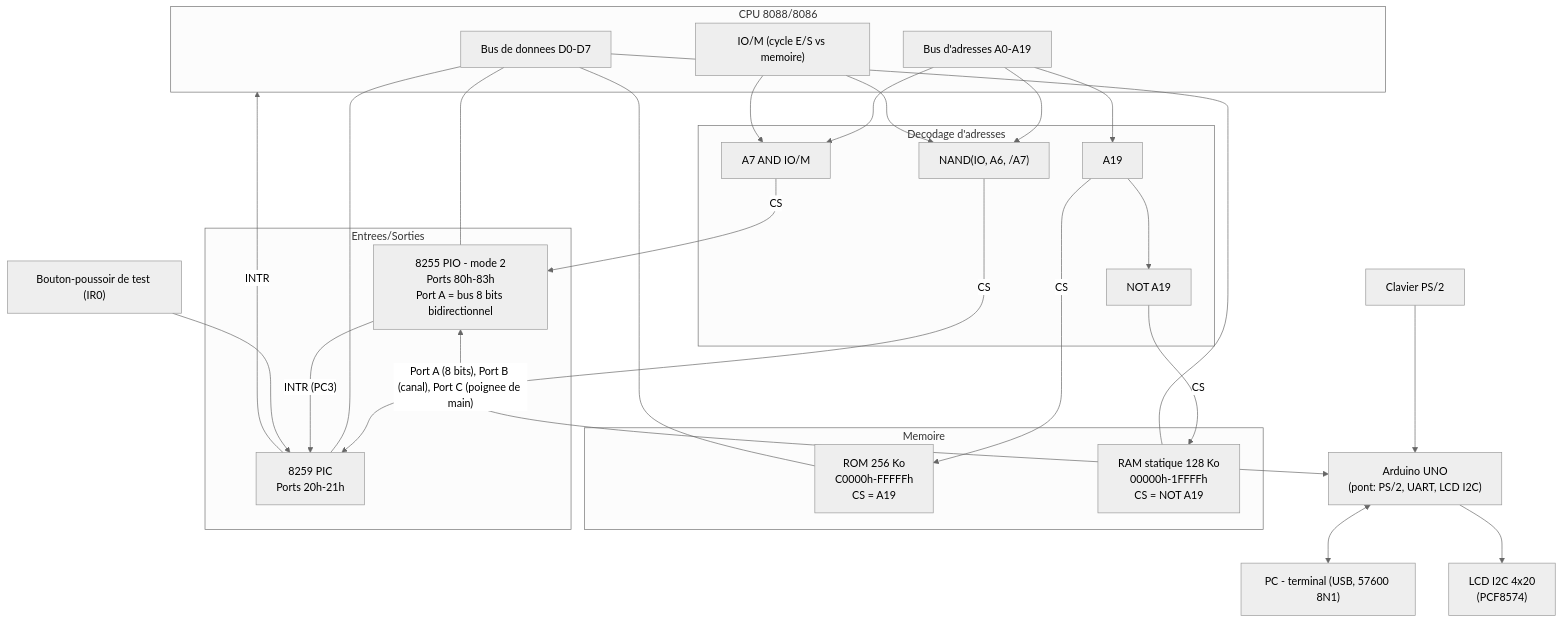
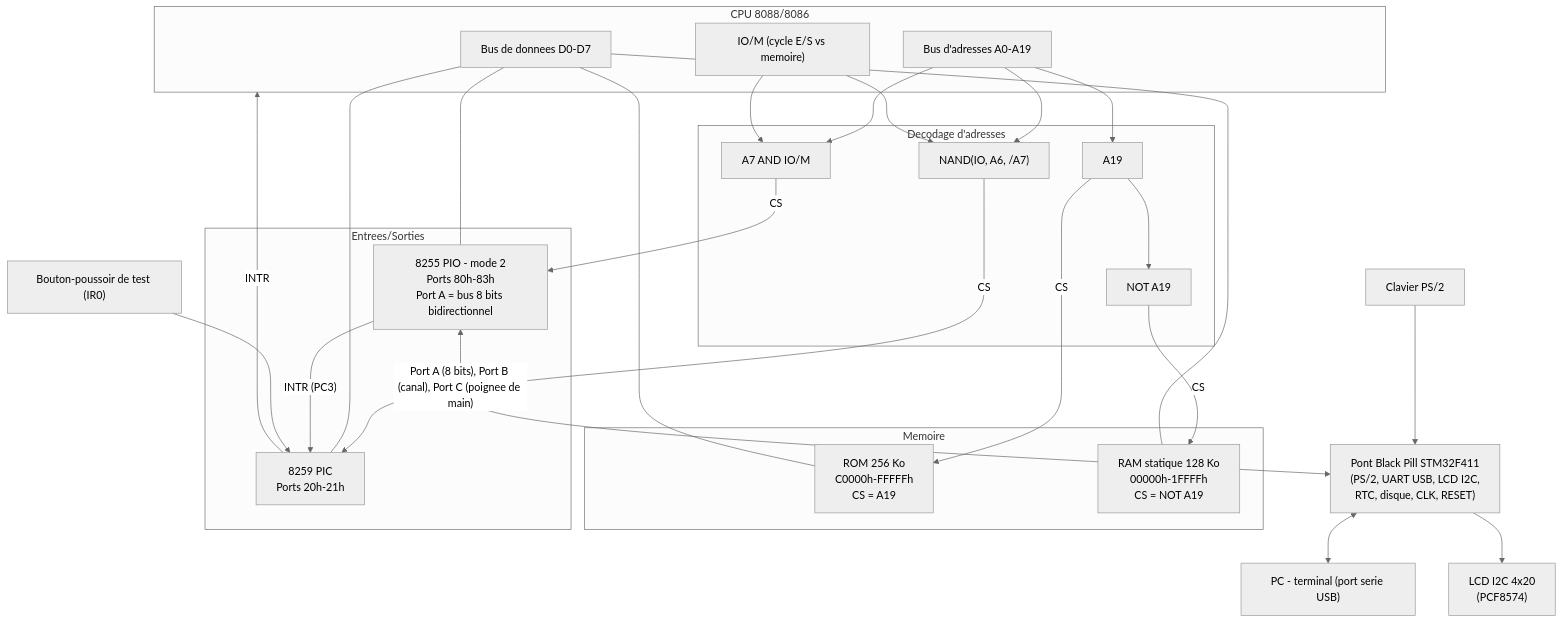
One commit to ve2cuy/breadboard-PC changed the diagram in README.md. Above: the diagram before and after it, drawn with Mermaid (neutral theme). The commit also changed other lines of this file and 10 other files, not shown here.

First line of the commit message:
Documentation et commentaires: le pont est la Black Pill STM32F411, plus un Arduino UNO

````diff
--- a/README.md
+++ b/README.md
@@ -93,56 +106,56 @@
 ```mermaid
 flowchart TD
     subgraph CPU["CPU 8088/8086"]
         AB["Bus d'adresses A0-A19"]
         DB["Bus de donnees D0-D7"]
         IOM["IO/M (cycle E/S vs memoire)"]
     end
 
     subgraph DEC["Decodage d'adresses"]
         A19G["A19"]
         NOTA19["NOT A19"]
         A7IO["A7 AND IO/M"]
         PICCS["NAND(IO, A6, /A7)"]
     end
 
     subgraph MEM["Memoire"]
         ROM["ROM 256 Ko\nC0000h-FFFFFh\nCS = A19"]
         RAM["RAM statique 128 Ko\n00000h-1FFFFh\nCS = NOT A19"]
     end
 
     subgraph IOBLK["Entrees/Sorties"]
         PIO["8255 PIO - mode 2\nPorts 80h-83h\nPort A = bus 8 bits bidirectionnel"]
         PIC["8259 PIC\nPorts 20h-21h"]
     end
 
-    ARD["Arduino UNO\n(pont: PS/2, UART, LCD I2C)"]
+    ARD["Pont Black Pill STM32F411\n(PS/2, UART USB, LCD I2C,\nRTC, disque, CLK, RESET)"]
     PS2["Clavier PS/2"]
-    PC["PC - terminal (USB, 57600 8N1)"]
+    PC["PC - terminal (port serie USB)"]
     LCD["LCD I2C 4x20\n(PCF8574)"]
     BTN["Bouton-poussoir de test (IR0)"]
 
     AB --> A19G
     A19G --> NOTA19
     AB --> A7IO
     IOM --> A7IO
     AB --> PICCS
     IOM --> PICCS
 
     A19G -->|CS| ROM
     NOTA19 -->|CS| RAM
     A7IO -->|CS| PIO
     PICCS -->|CS| PIC
 
     DB --- ROM
     DB --- RAM
     DB --- PIO
     DB --- PIC
 
     PIO <-->|"Port A (8 bits), Port B (canal), Port C (poignee de main)"| ARD
     PIO -->|"INTR (PC3)"| PIC
     BTN --> PIC
     PIC -->|INTR| CPU
     PS2 --> ARD
     ARD <--> PC
     ARD --> LCD
 ```
````
